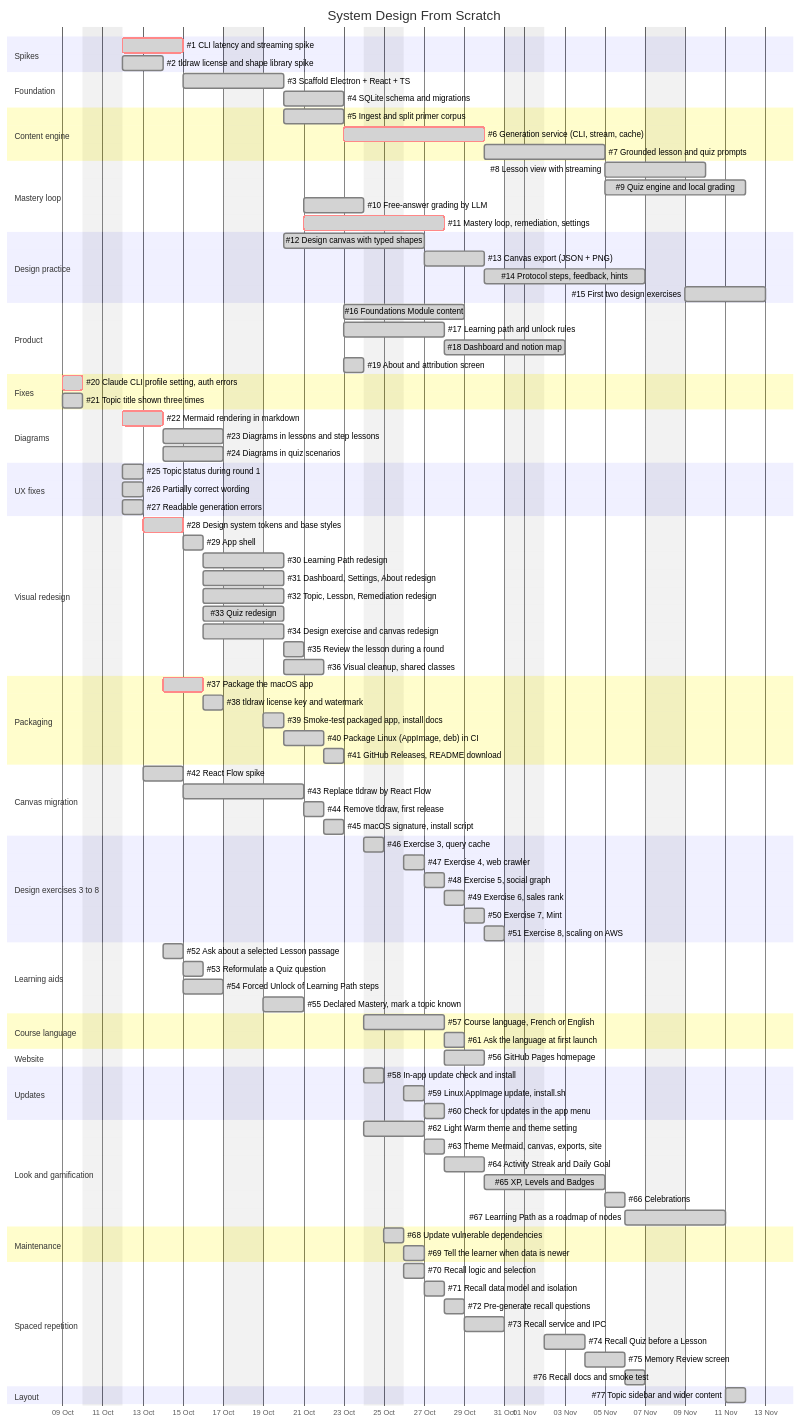
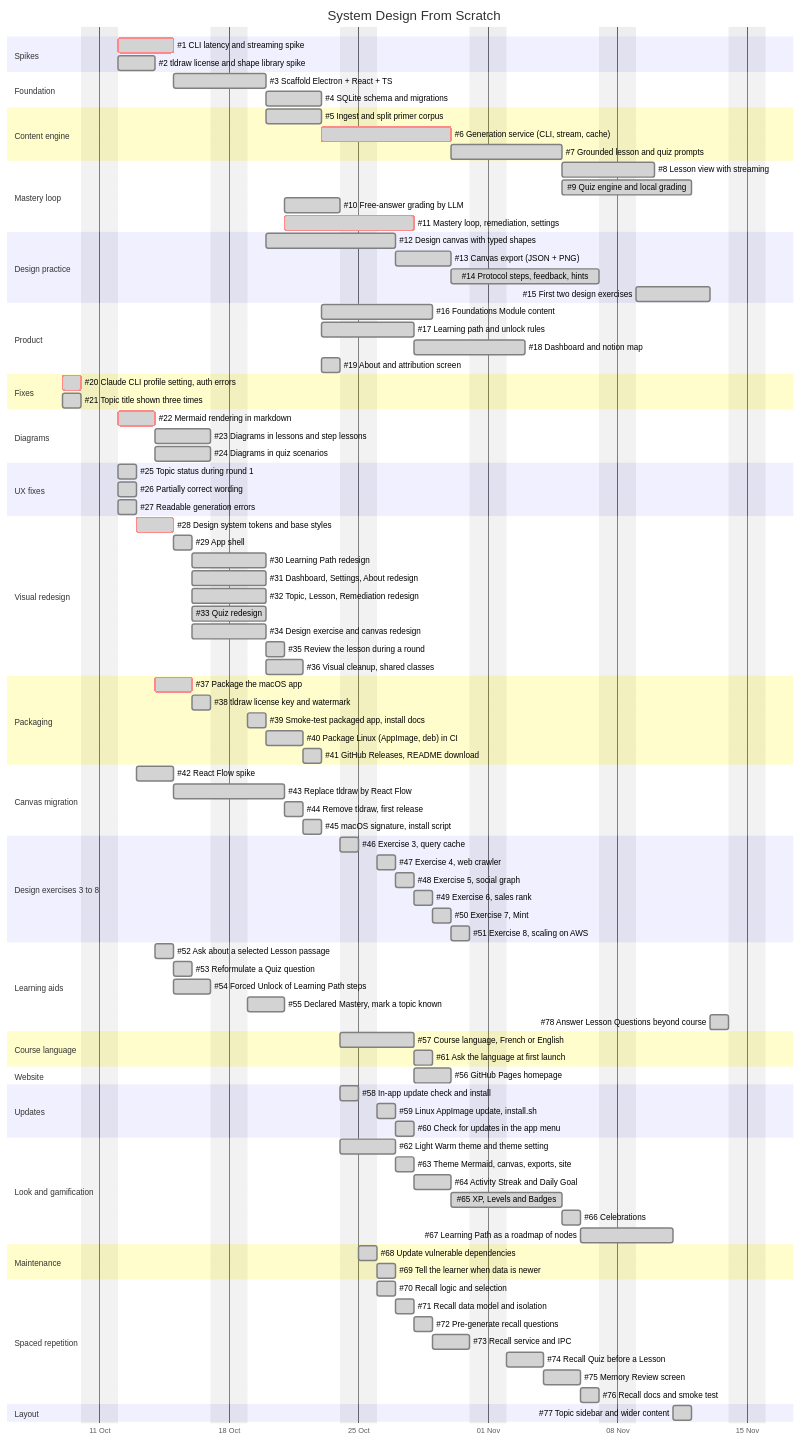
The diagram in docs/ROADMAP.md (jbclaramonte/system-design-from-scratch), drawn with Mermaid before and after one commit. The commit also changed other lines of this file and 9 other files, not shown here.

First line of the commit message:
feat: answer Lesson Questions beyond the course, clearly marked

```diff
--- a/docs/ROADMAP.md
+++ b/docs/ROADMAP.md
@@ -99,6 +99,7 @@
     #53 Reformulate a Quiz question           :done, a2, after a1, 1d
     #54 Forced Unlock of Learning Path steps  :done, a3, 2026-10-15, 2d
     #55 Declared Mastery, mark a topic known  :done, a4, after a3, 2d
+    #78 Answer Lesson Questions beyond course :done, a5, 2026-11-13, 1d
 
     section Course language
     #57 Course language, French or English    :done, l1, 2026-10-24, 3d
```
